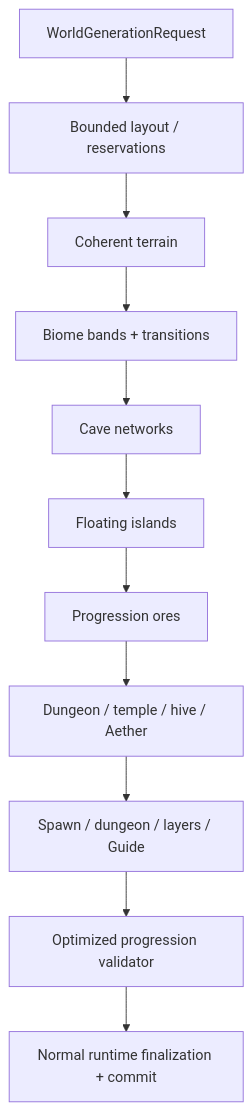
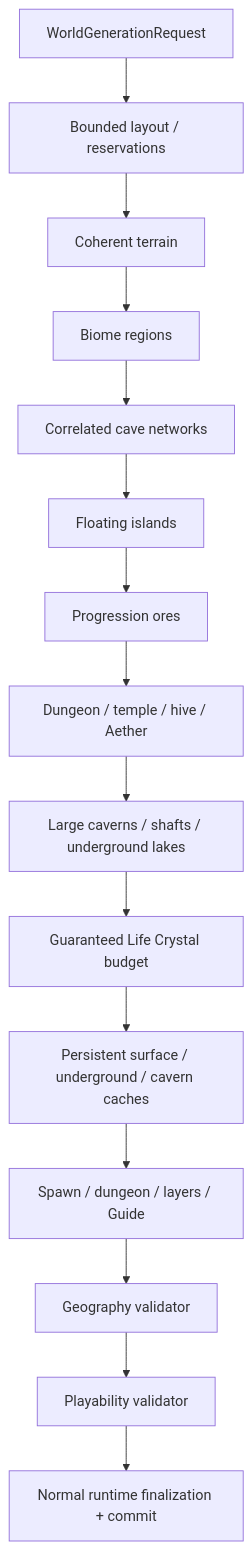
The diagram in docs/en/optimized-world-generation.md (VegaKernel/TerraRuntime), drawn with Mermaid before and after one commit. The commit also changed other lines of this file and 5 other files, not shown here.

First line of the commit message:
Add optimized playability landmarks and resource budgets

````diff
--- a/docs/en/optimized-world-generation.md
+++ b/docs/en/optimized-world-generation.md
@@ -24,13 +38,17 @@
 ```mermaid
 flowchart TD
     Request["WorldGenerationRequest"] --> Layout["Bounded layout / reservations"]
     Layout --> Terrain["Coherent terrain"]
-    Terrain --> Biomes["Biome bands + transitions"]
-    Biomes --> Caves["Cave networks"]
+    Terrain --> Biomes["Biome regions"]
+    Biomes --> Caves["Correlated cave networks"]
     Caves --> Islands["Floating islands"]
     Islands --> Ores["Progression ores"]
     Ores --> Structures["Dungeon / temple / hive / Aether"]
-    Structures --> Metadata["Spawn / dungeon / layers / Guide"]
-    Metadata --> Validate["Optimized progression validator"]
-    Validate --> Commit["Normal runtime finalization + commit"]
+    Structures --> Organic["Large caverns / shafts / underground lakes"]
+    Organic --> Crystals["Guaranteed Life Crystal budget"]
+    Crystals --> Chests["Persistent surface / underground / cavern caches"]
+    Chests --> Metadata["Spawn / dungeon / layers / Guide"]
+    Metadata --> BaseValidate["Geography validator"]
+    BaseValidate --> PlayValidate["Playability validator"]
+    PlayValidate --> Commit["Normal runtime finalization + commit"]
 ```
````
